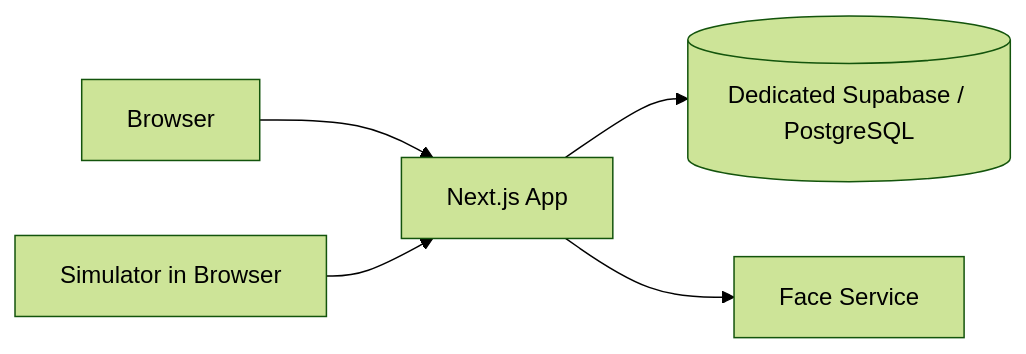
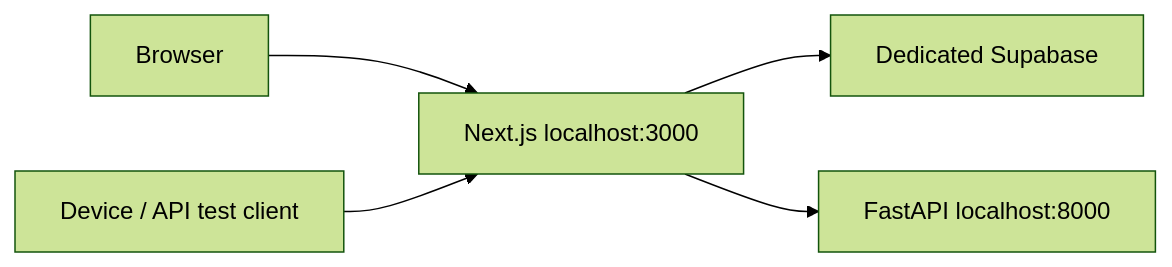
The second of 2 diagrams in docs/03-ARCHITECTURE.md (nafisajuliansahsaputra/attendance-system), drawn with Mermaid (forest theme) before and after one commit. The commit also changed other lines of this file, not shown here.

Commit message:
docs: synchronize architecture with V1 implementation

````diff
--- a/docs/03-ARCHITECTURE.md
+++ b/docs/03-ARCHITECTURE.md
@@ -292,7 +323,7 @@
 ```mermaid
 flowchart LR
-    B[Browser] --> N[Next.js App]
-    N --> P[(Dedicated Supabase / PostgreSQL)]
-    N --> F[Face Service]
-    D[Simulator in Browser] --> N
+    Browser --> Next[Next.js localhost:3000]
+    Next --> Supa[Dedicated Supabase]
+    Next --> Face[FastAPI localhost:8000]
+    Device[Device / API test client] --> Next
 ```
````
